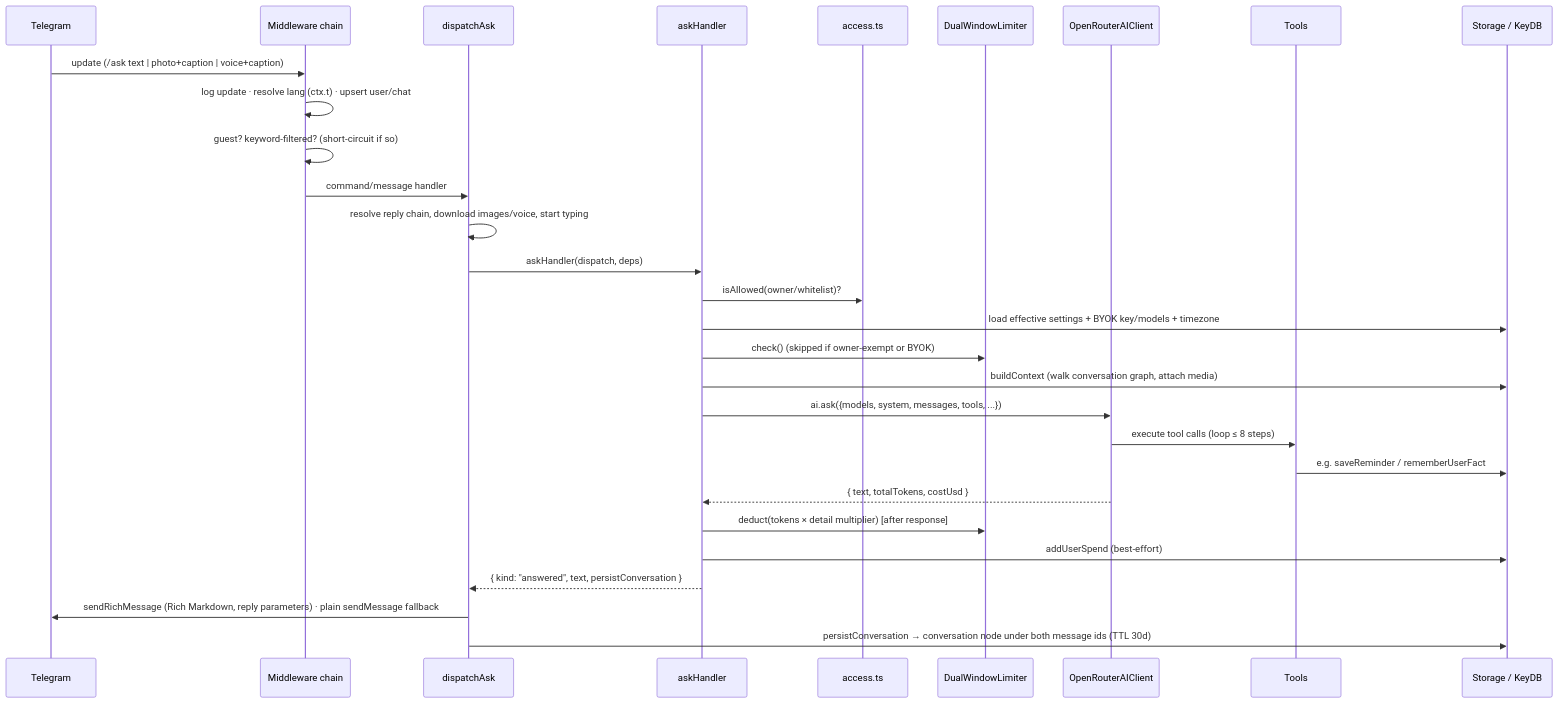
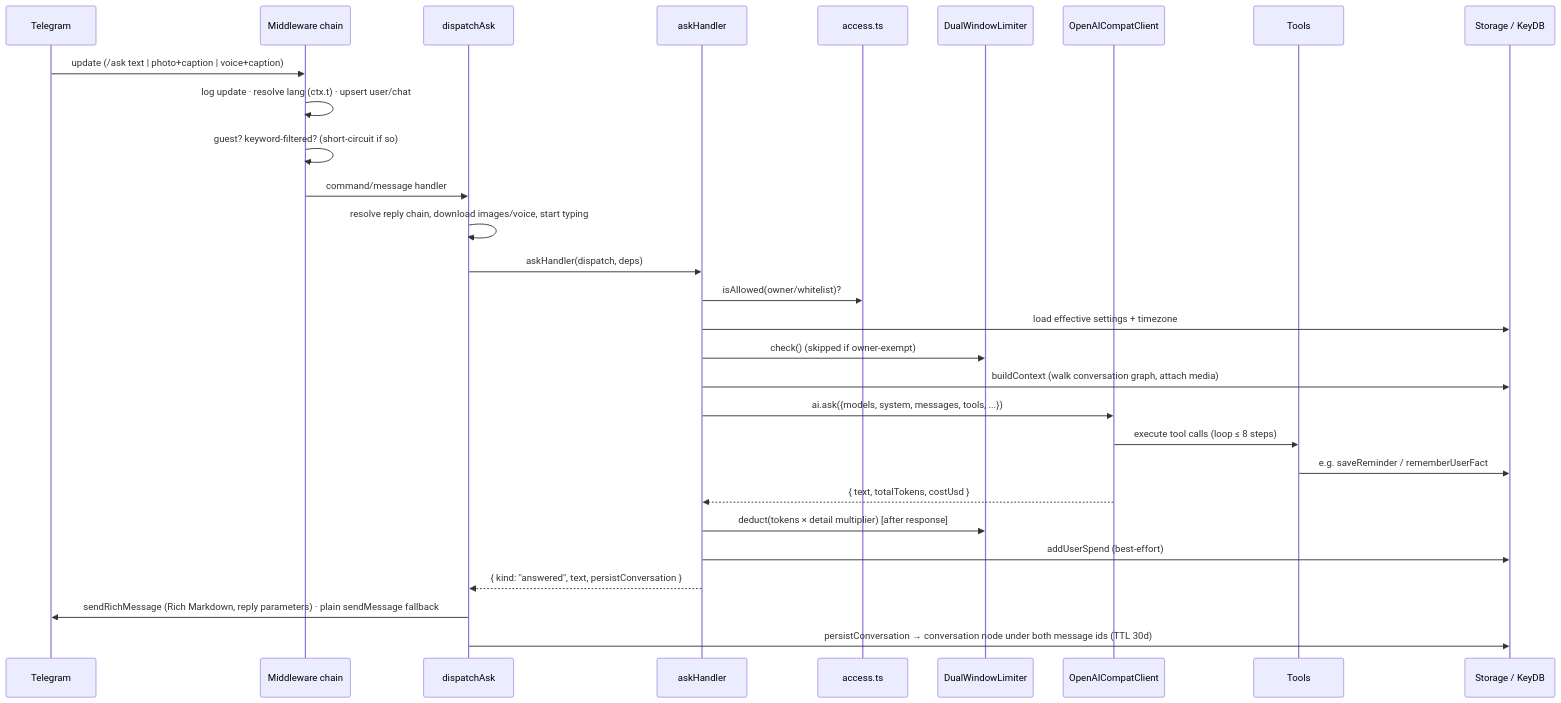
One commit to The-Fisher-Slopworks-Co/any_talker changed the second of 3 diagrams in docs/ARCHITECTURE.md. Above: the diagram before and after it, drawn with Mermaid. The commit also changed other lines of this file and 57 other files, not shown here.

First line of the commit message:
feat(ai)!: switch from OpenRouter to a generic OpenAI-compatible API

````diff
--- a/docs/ARCHITECTURE.md
+++ b/docs/ARCHITECTURE.md
@@ -314,32 +329,32 @@
 ```mermaid
 sequenceDiagram
     participant TG as Telegram
     participant MW as Middleware chain
     participant D as dispatchAsk
     participant H as askHandler
     participant ACC as access.ts
     participant RL as DualWindowLimiter
-    participant AI as OpenRouterAIClient
+    participant AI as OpenAICompatClient
     participant T as Tools
     participant S as Storage / KeyDB
 
     TG->>MW: update (/ask text | photo+caption | voice+caption)
     MW->>MW: log update · resolve lang (ctx.t) · upsert user/chat
     MW->>MW: guest? keyword-filtered? (short-circuit if so)
     MW->>D: command/message handler
     D->>D: resolve reply chain, download images/voice, start typing
     D->>H: askHandler(dispatch, deps)
     H->>ACC: isAllowed(owner/whitelist)?
-    H->>S: load effective settings + BYOK key/models + timezone
-    H->>RL: check() (skipped if owner-exempt or BYOK)
+    H->>S: load effective settings + timezone
+    H->>RL: check() (skipped if owner-exempt)
     H->>S: buildContext (walk conversation graph, attach media)
     H->>AI: ai.ask({models, system, messages, tools, ...})
     AI->>T: execute tool calls (loop ≤ 8 steps)
     T->>S: e.g. saveReminder / rememberUserFact
     AI-->>H: { text, totalTokens, costUsd }
     H->>RL: deduct(tokens × detail multiplier)  [after response]
     H->>S: addUserSpend (best-effort)
     H-->>D: { kind: "answered", text, persistConversation }
     D->>TG: sendRichMessage (Rich Markdown, reply parameters) · plain sendMessage fallback
     D->>S: persistConversation → conversation node under both message ids (TTL 30d)
 ```
````
